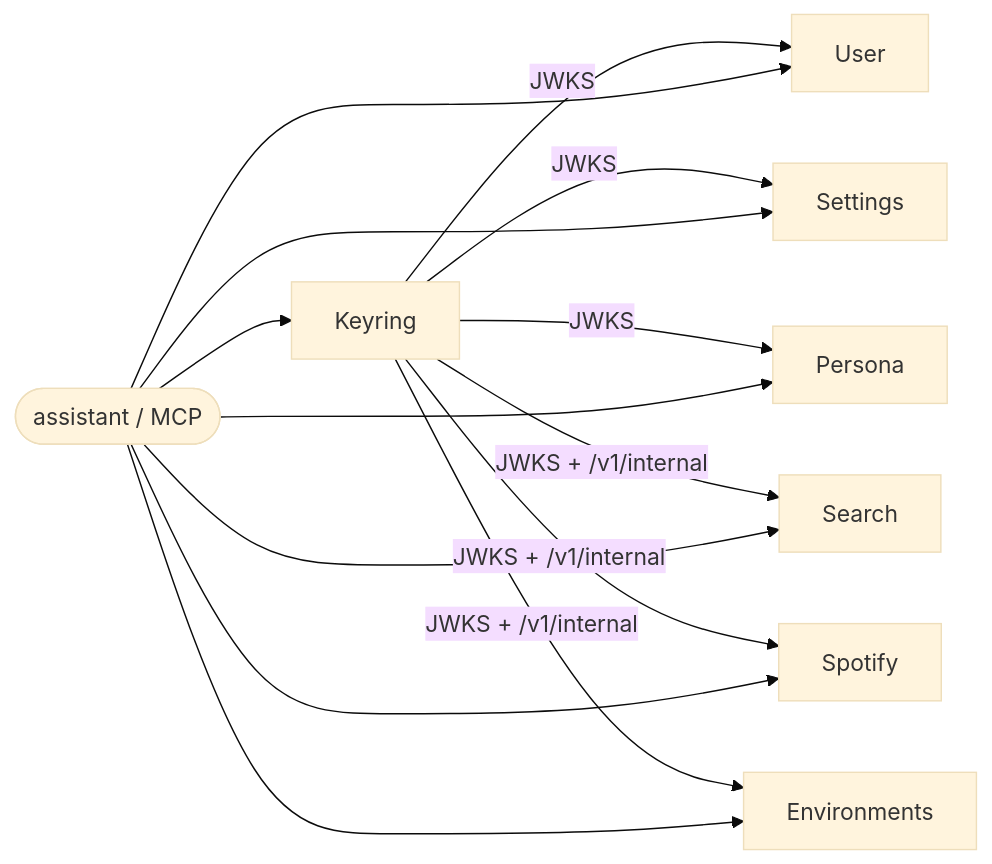
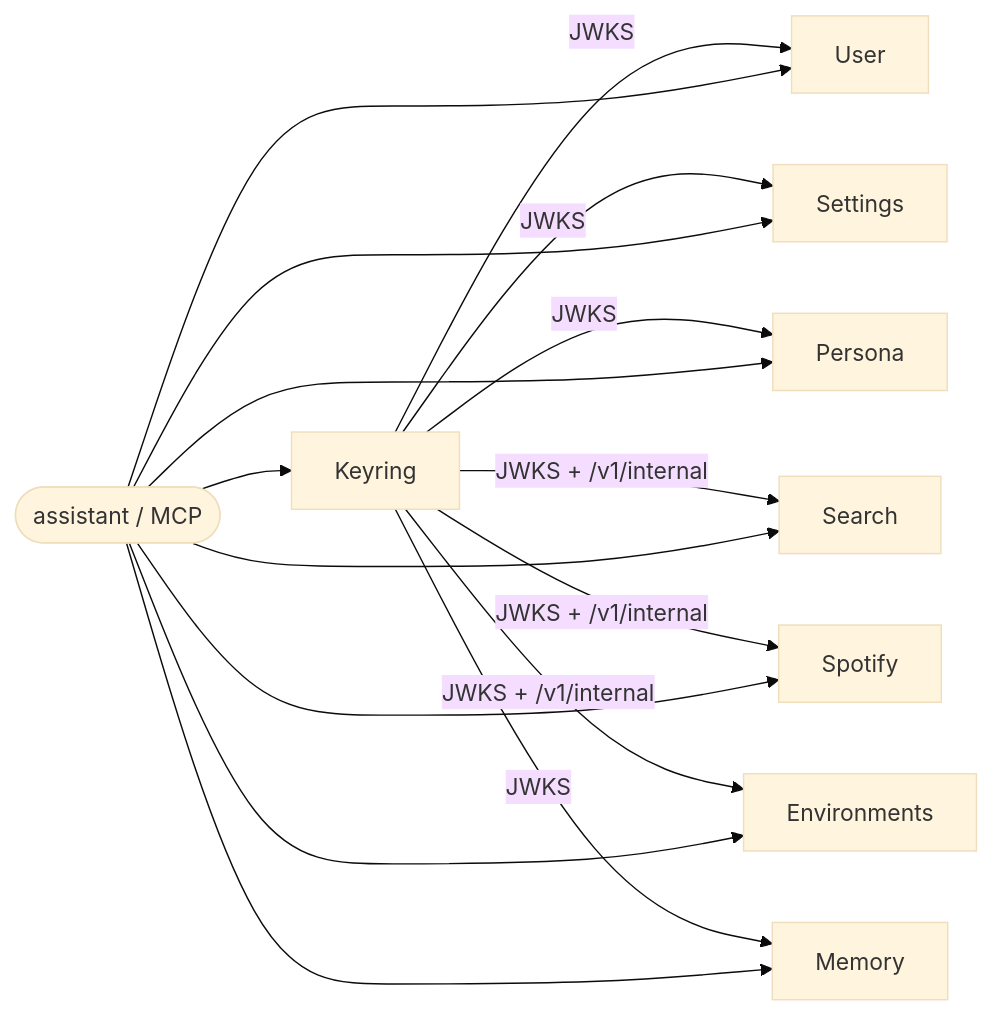
The second of 2 diagrams in README.md (tochi-mba/LUCY-assistant), drawn with Mermaid (base theme) before and after one commit. The commit also changed other lines of this file, not shown here.

````diff
--- a/README.md
+++ b/README.md
@@ -360,16 +360,18 @@
 ```mermaid
 flowchart LR
   Keyring -->|"JWKS"| User
   Keyring -->|"JWKS"| Settings
   Keyring -->|"JWKS"| Persona
   Keyring -->|"JWKS + /v1/internal"| Search
   Keyring -->|"JWKS + /v1/internal"| Spotify
   Keyring -->|"JWKS + /v1/internal"| Environments
+  Keyring -->|"JWKS"| Memory
   Person([assistant / MCP]) --> Keyring
   Person --> User
   Person --> Settings
   Person --> Persona
   Person --> Search
   Person --> Spotify
   Person --> Environments
+  Person --> Memory
 ```
````
